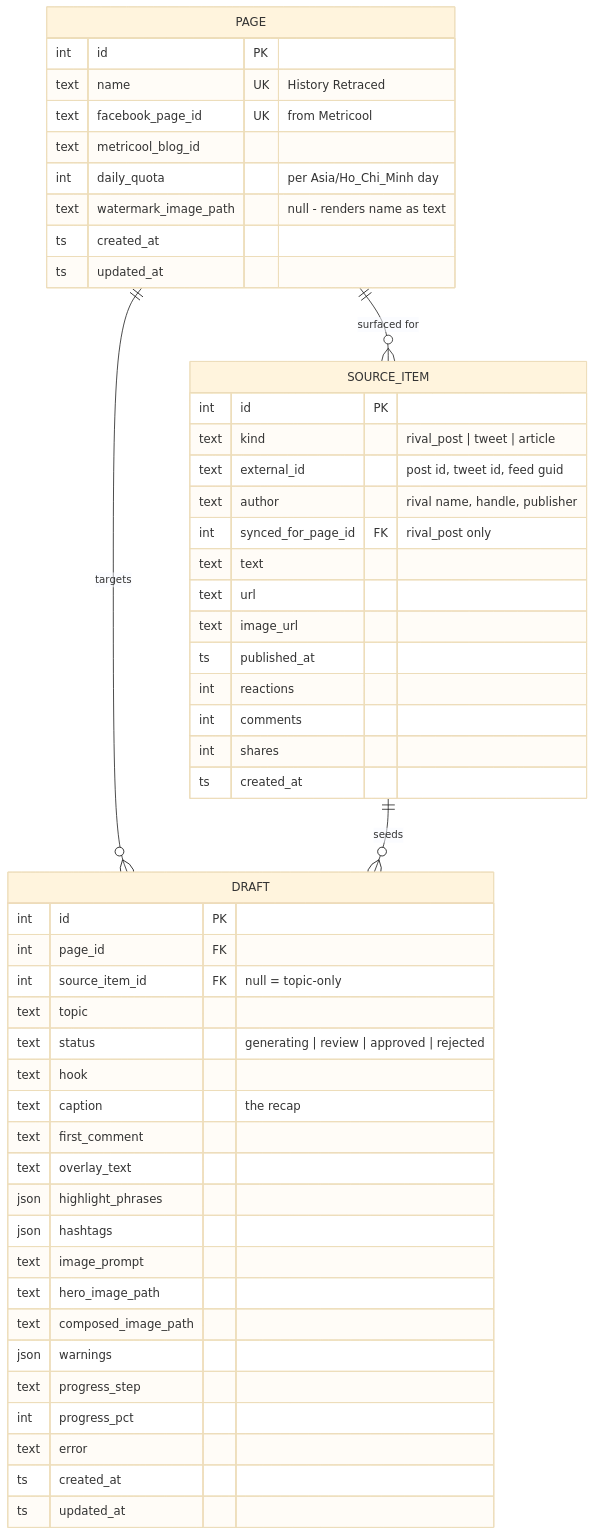
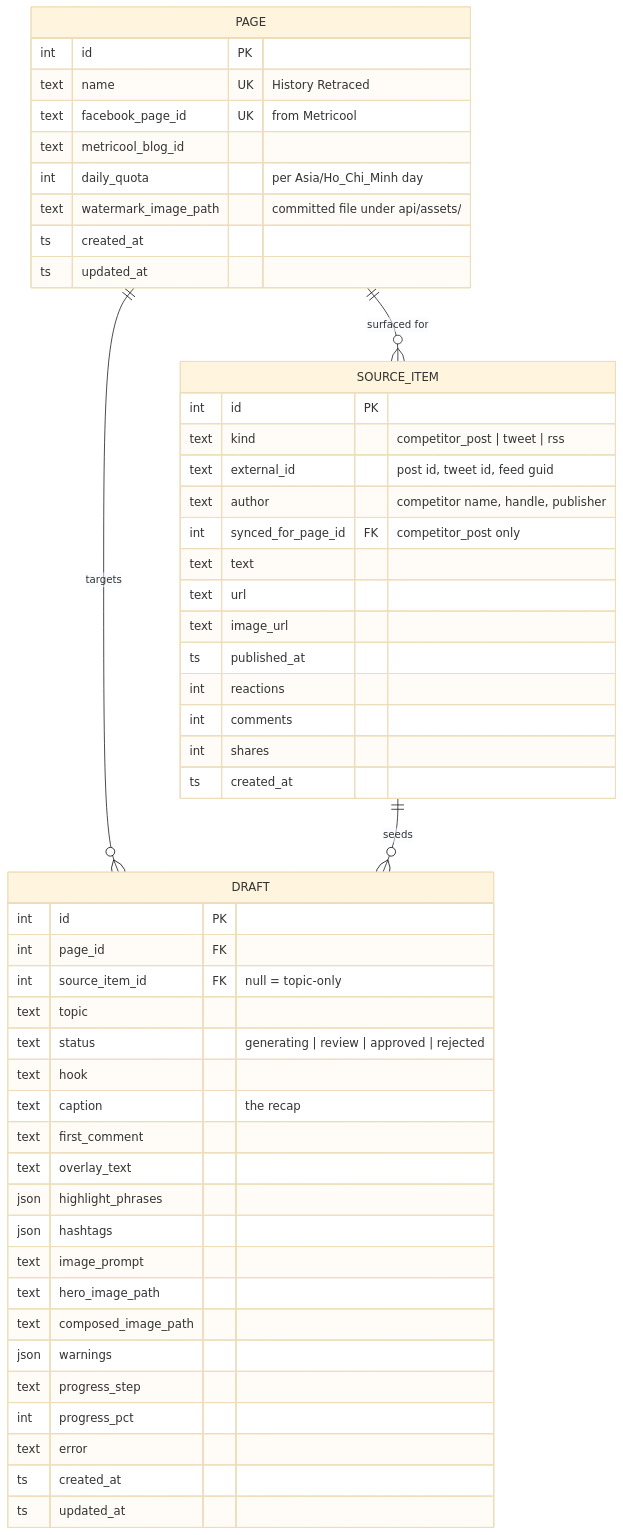
One commit to nauqh/fb-agent changed the diagram in docs/data-model.md. Above: the diagram before and after it, drawn with Mermaid (base theme). The commit also changed other lines of this file and 1 other file, not shown here.

First line of the commit message:
docs: the prompt files, the reversible Approve, and the watermark

````diff
--- a/docs/data-model.md
+++ b/docs/data-model.md
@@ -44,56 +44,56 @@
 ```mermaid
 erDiagram
     PAGE ||--o{ DRAFT : "targets"
     PAGE ||--o{ SOURCE_ITEM : "surfaced for"
     SOURCE_ITEM ||--o{ DRAFT : "seeds"
 
     PAGE {
         int id PK
         text name UK "History Retraced"
         text facebook_page_id UK "from Metricool"
         text metricool_blog_id
         int daily_quota "per Asia/Ho_Chi_Minh day"
-        text watermark_image_path "null - renders name as text"
+        text watermark_image_path "committed file under api/assets/"
         ts created_at
         ts updated_at
     }
 
     SOURCE_ITEM {
         int id PK
-        text kind "rival_post | tweet | article"
+        text kind "competitor_post | tweet | rss"
         text external_id "post id, tweet id, feed guid"
-        text author "rival name, handle, publisher"
-        int synced_for_page_id FK "rival_post only"
+        text author "competitor name, handle, publisher"
+        int synced_for_page_id FK "competitor_post only"
         text text
         text url
         text image_url
         ts published_at
         int reactions
         int comments
         int shares
         ts created_at
     }
 
     DRAFT {
         int id PK
         int page_id FK
         int source_item_id FK "null = topic-only"
         text topic
         text status "generating | review | approved | rejected"
         text hook
         text caption "the recap"
         text first_comment
         text overlay_text
         json highlight_phrases
         json hashtags
         text image_prompt
         text hero_image_path
         text composed_image_path
         json warnings
         text progress_step
         int progress_pct
         text error
         ts created_at
         ts updated_at
     }
 ```
````
